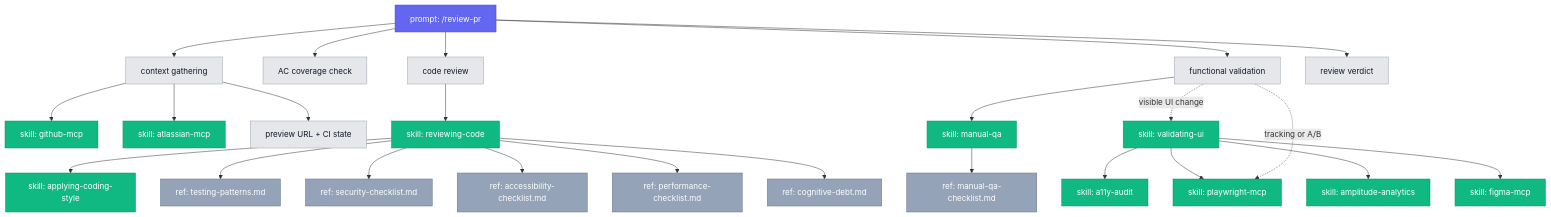
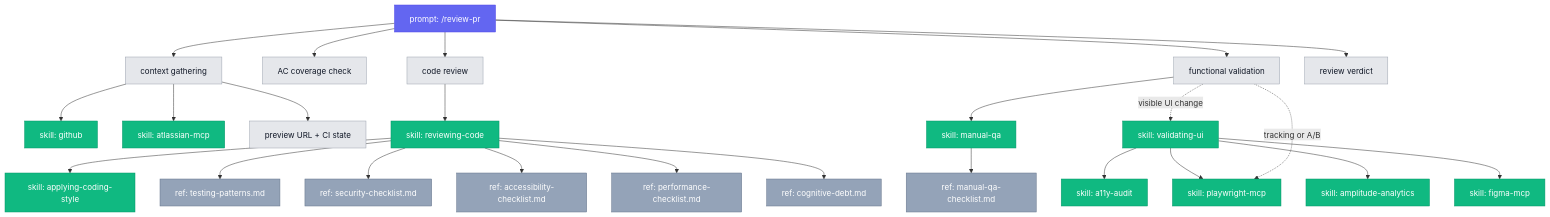
Before and after one commit to OktayCopurlu/ai-shared: the third of 5 diagrams in README.md, drawn with Mermaid. The commit also changed other lines of this file and 10 other files, not shown here.

````diff
--- a/README.md
+++ b/README.md
@@ -445,35 +445,35 @@
 ```mermaid
 flowchart TD
   classDef prompt fill:#6366f1,stroke:#4f46e5,color:#fff
   classDef skill fill:#10b981,stroke:#059669,color:#fff
   classDef ref fill:#94a3b8,stroke:#64748b,color:#fff
   classDef action fill:#e5e7eb,stroke:#9ca3af,color:#111827
 
   ReviewPr["prompt: /review-pr"]:::prompt
   Context["context gathering"]:::action
   Coverage["AC coverage check"]:::action
   CodeReview["code review"]:::action
   Validation["functional validation"]:::action
   Verdict["review verdict"]:::action
 
-  ReviewPr --> Context --> GH["skill: github-mcp"]:::skill
+  ReviewPr --> Context --> GH["skill: github"]:::skill
   Context --> Atlas["skill: atlassian-mcp"]:::skill
   Context --> Preview["preview URL + CI state"]:::action
   ReviewPr --> Coverage
   ReviewPr --> CodeReview --> Reviewing["skill: reviewing-code"]:::skill
   Reviewing --> Style["skill: applying-coding-style"]:::skill
   Reviewing --> TestRef["ref: testing-patterns.md"]:::ref
   Reviewing --> SecRef["ref: security-checklist.md"]:::ref
   Reviewing --> A11yRef["ref: accessibility-checklist.md"]:::ref
   Reviewing --> PerfRef["ref: performance-checklist.md"]:::ref
   Reviewing --> CogRef["ref: cognitive-debt.md"]:::ref
   ReviewPr --> Validation --> MQA["skill: manual-qa"]:::skill
   MQA --> MQARef["ref: manual-qa-checklist.md"]:::ref
   Validation -. visible UI change .-> UIVal["skill: validating-ui"]:::skill
   UIVal --> A11y["skill: a11y-audit"]:::skill
   UIVal --> Pw["skill: playwright-mcp"]:::skill
   UIVal --> Amp["skill: amplitude-analytics"]:::skill
   UIVal --> Figma["skill: figma-mcp"]:::skill
   Validation -. tracking or A/B .-> Pw
   ReviewPr --> Verdict
 ```
````
